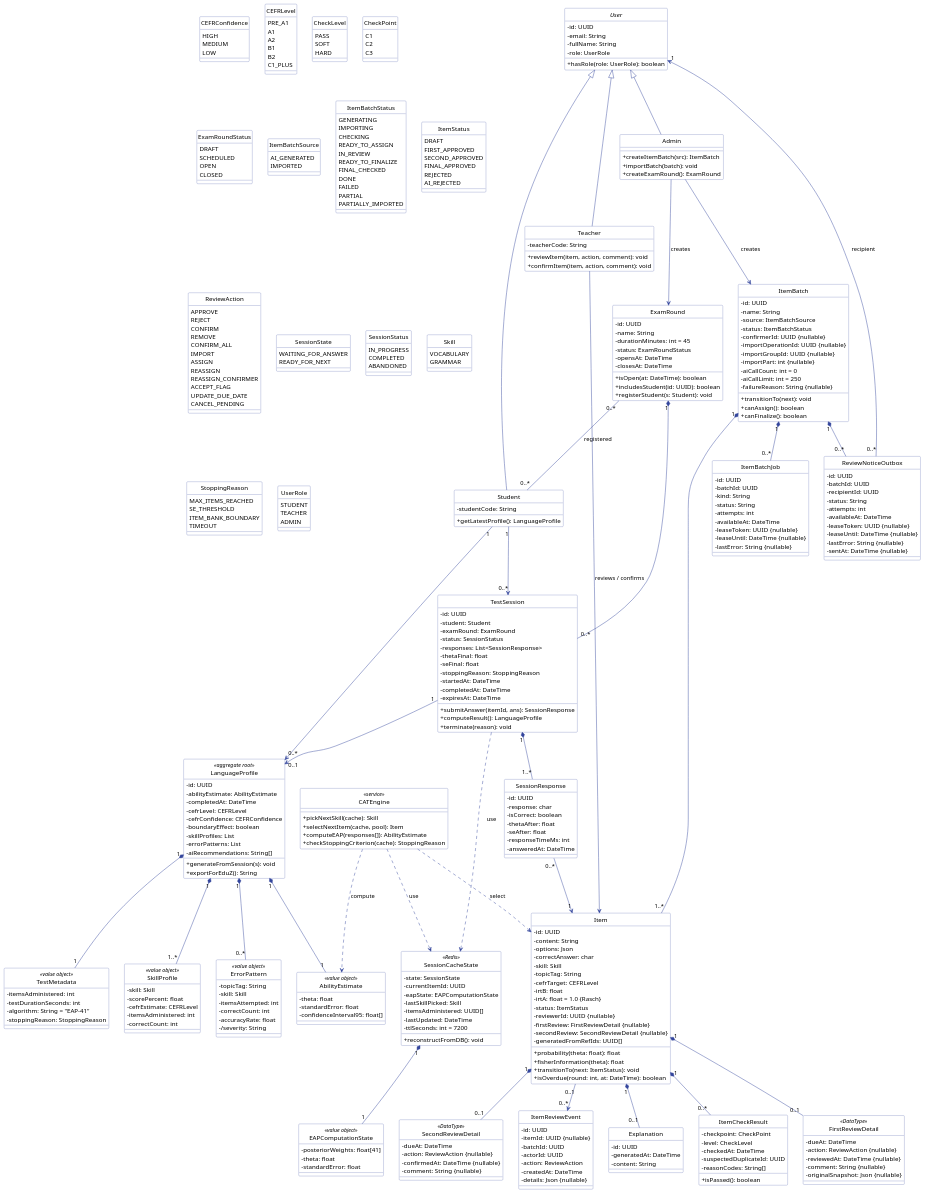
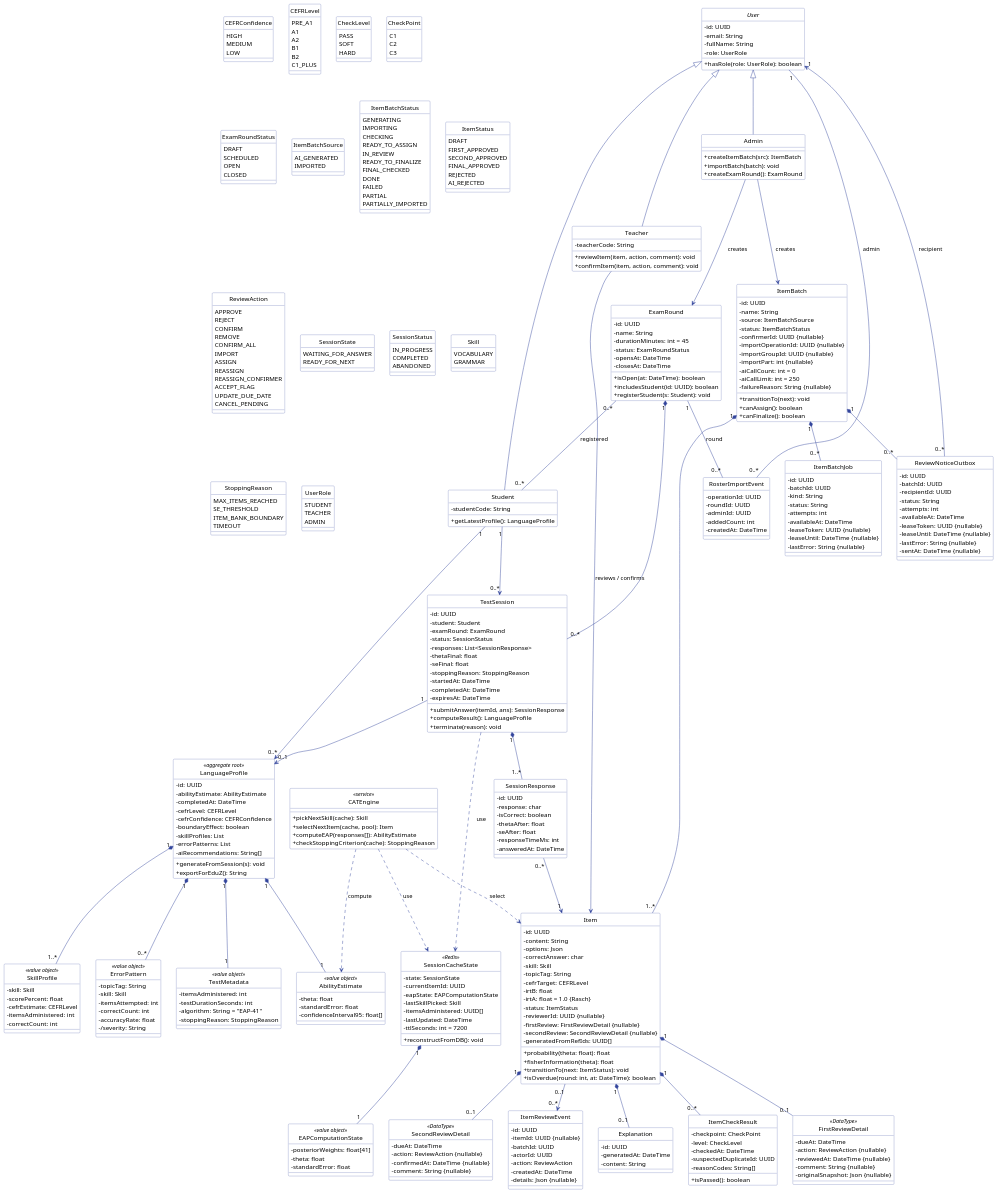
The diagram in design/class/ClassDiagram.puml (AdaptivePlacementTestSystem/0.docs), drawn with PlantUML before and after one commit. The commit also changed 6 other files, not shown here.

```diff
--- a/design/class/ClassDiagram.puml
+++ b/design/class/ClassDiagram.puml
@@ -43,6 +43,14 @@
   + isOpen(at: DateTime): boolean
   + includesStudent(id: UUID): boolean
   + registerStudent(s: Student): void
+}
+
+class RosterImportEvent {
+  - operationId: UUID
+  - roundId: UUID
+  - adminId: UUID
+  - addedCount: int
+  - createdAt: DateTime
 }
 
 ' ===== Phiên thi & CAT =====
@@ -356,4 +364,6 @@
 ReviewNoticeOutbox "0..*" --> "1" User : recipient
 Admin --> ItemBatch : creates
 Teacher --> Item : reviews / confirms
+ExamRound "1" -- "0..*" RosterImportEvent : round
+User "1" -- "0..*" RosterImportEvent : admin
 @enduml
```
